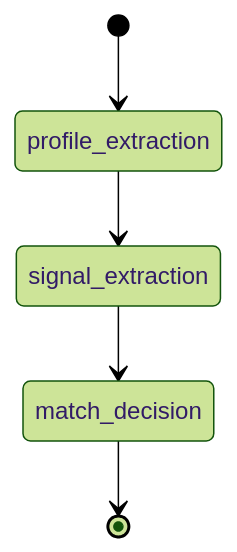
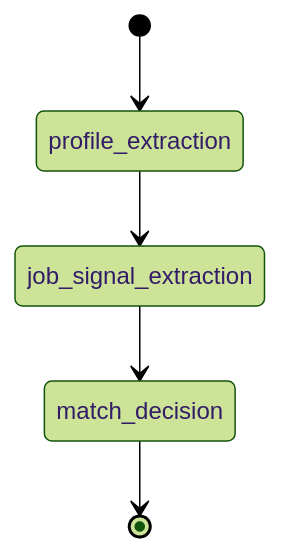
One commit to skaut-careers/platform changed the first of 2 diagrams in docs/ARCHITECTURE.md. Above: the diagram before and after it, drawn with Mermaid (forest theme). The commit also changed other lines of this file and 34 other files, not shown here.

Commit message:
refactor job signal extraction components in Bounded Application Workflow; introduced JobSignalExtractor and related classes, updated architecture documentation, and replaced SignalExtractor references to enhance clarity and maintainability in the workflow

````diff
--- a/docs/ARCHITECTURE.md
+++ b/docs/ARCHITECTURE.md
@@ -9,7 +9,7 @@
 ```mermaid
 stateDiagram-v2
     [*] --> profile_extraction
-    profile_extraction --> signal_extraction
-    signal_extraction --> match_decision
+    profile_extraction --> job_signal_extraction
+    job_signal_extraction --> match_decision
     match_decision --> [*]
 ```
````
